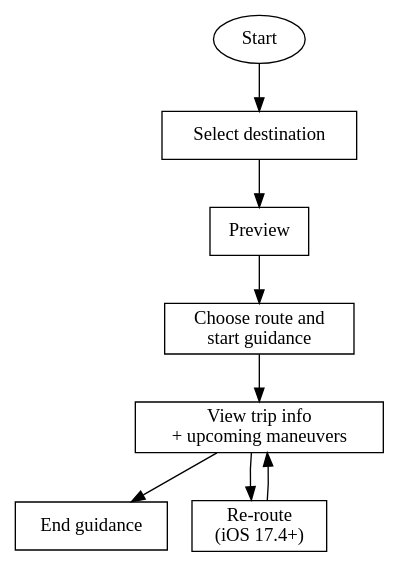
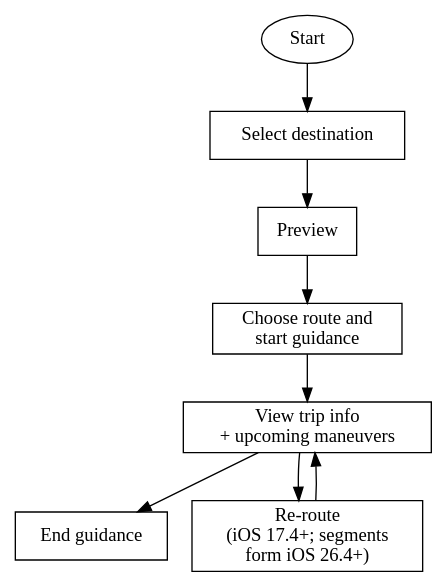
One commit to CharlesWiltgen/Axiom changed the diagram in axiom-cursor/skills/axiom-media/skills/carplay-navigation-ref.md. Above: the diagram before and after it, drawn with Graphviz. The commit also changed other lines of this file and 81 other files, not shown here.

````diff
--- a/axiom-cursor/skills/axiom-media/skills/carplay-navigation-ref.md
+++ b/axiom-cursor/skills/axiom-media/skills/carplay-navigation-ref.md
@@ -143,19 +143,19 @@
 ```dot
 digraph routeguidance {
     start [label="Start" shape=ellipse];
     select [label="Select destination" shape=box];
     preview [label="Preview" shape=box];
     choose [label="Choose route and\nstart guidance" shape=box];
     view [label="View trip info\n+ upcoming maneuvers" shape=box];
     end [label="End guidance" shape=box];
-    reroute [label="Re-route\n(iOS 17.4+)" shape=box];
+    reroute [label="Re-route\n(iOS 17.4+; segments\nform iOS 26.4+)" shape=box];
 
     start -> select;
     select -> preview;
     preview -> choose;
     choose -> view;
     view -> end;
     view -> reroute;
     reroute -> view;
 }
 ```
````
